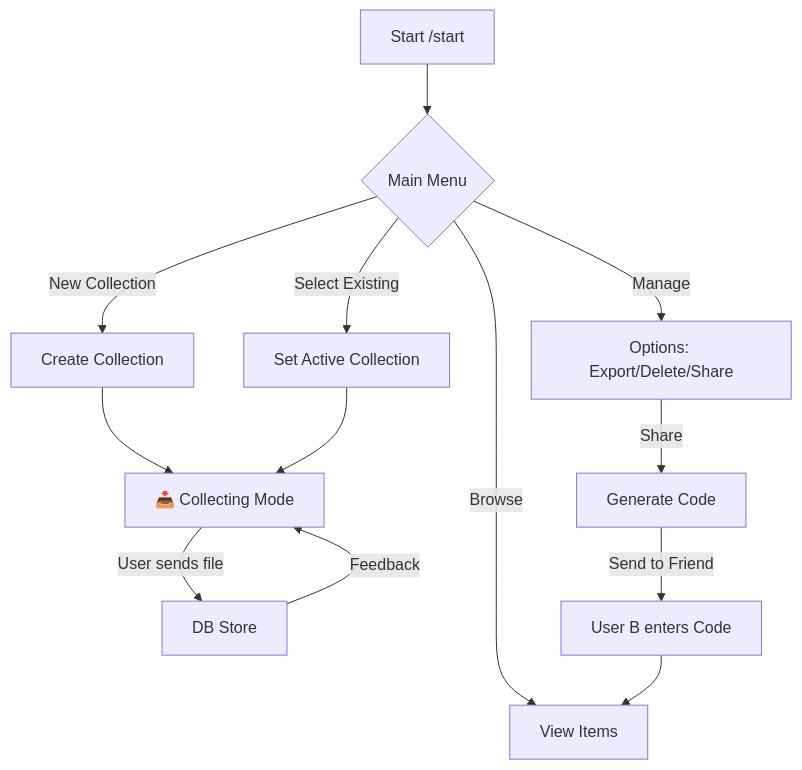
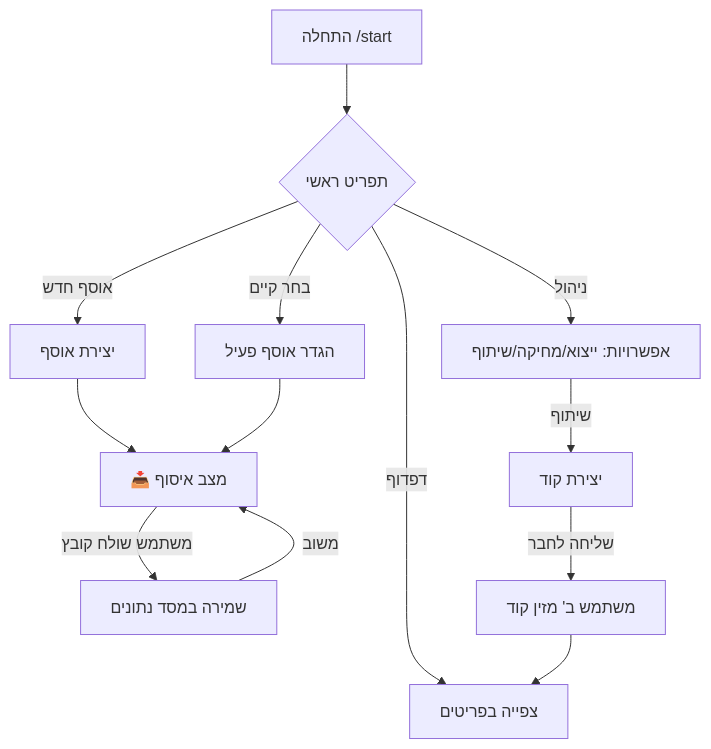
One commit to Omer-Dahan/Collections-Bot changed the diagram in README-he.md. Above: the diagram before and after it, drawn with Mermaid.

Commit message:
docs: Update Hebrew README content.

````diff
--- a/README-he.md
+++ b/README-he.md
@@ -97,18 +97,18 @@
 ```mermaid
 graph TD
-    A[Start /start] --> B{Main Menu}
-    B -->|New Collection| C[Create Collection]
-    B -->|Select Existing| D[Set Active Collection]
-    B -->|Browse| E[View Items]
-    B -->|Manage| F[Options: Export/Delete/Share]
+    A[התחלה /start] --> B{תפריט ראשי}
+    B -->|אוסף חדש| C[יצירת אוסף]
+    B -->|בחר קיים| D[הגדר אוסף פעיל]
+    B -->|דפדוף| E[צפייה בפריטים]
+    B -->|ניהול| F[אפשרויות: ייצוא/מחיקה/שיתוף]
     
-    C --> G[📥 Collecting Mode]
+    C --> G[📥 מצב איסוף]
     D --> G
     
-    G -->|User sends file| H[DB Store]
-    H -->|Feedback| G
+    G -->|משתמש שולח קובץ| H[שמירה במסד נתונים]
+    H -->|משוב| G
     
-    F -->|Share| I[Generate Code]
-    I -->|Send to Friend| J[User B enters Code]
+    F -->|שיתוף| I[יצירת קוד]
+    I -->|שליחה לחבר| J[משתמש ב' מזין קוד]
     J --> E
 ```
````
